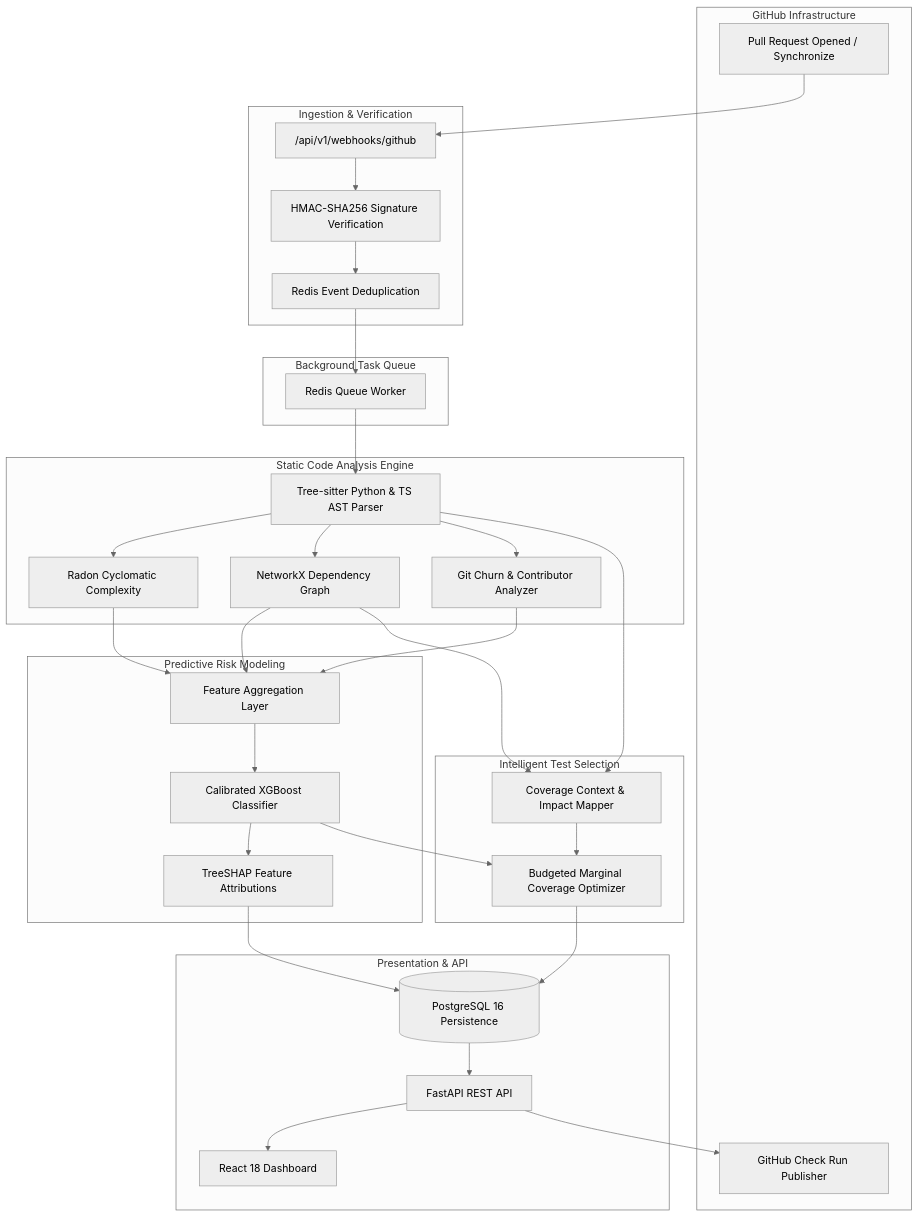
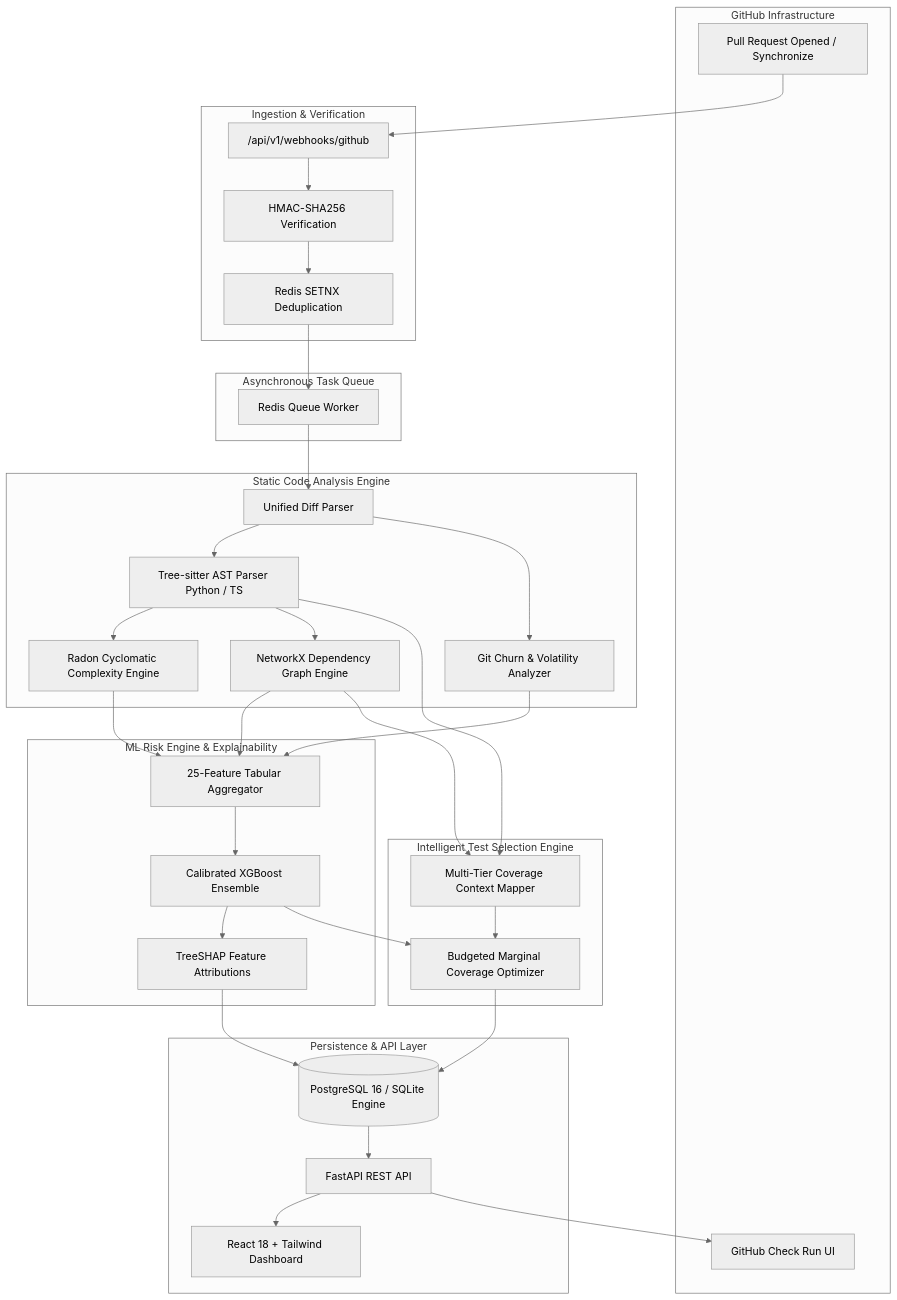
The diagram in README.md (VinayKumar2320/CodeImpact), drawn with Mermaid (neutral theme) before and after one commit. The commit also changed other lines of this file and 7 other files, not shown here.

````diff
--- a/README.md
+++ b/README.md
@@ -15,69 +30,71 @@
 ```mermaid
 flowchart TD
     subgraph GitHub ["GitHub Infrastructure"]
         PR[Pull Request Opened / Synchronize]
-        Checks[GitHub Check Run Publisher]
+        Checks[GitHub Check Run UI]
     end
 
     subgraph Ingestion ["Ingestion & Verification"]
         Receiver["/api/v1/webhooks/github"]
-        HMAC[HMAC-SHA256 Signature Verification]
-        Dedupe[Redis Event Deduplication]
+        HMAC[HMAC-SHA256 Verification]
+        Dedupe[Redis SETNX Deduplication]
     end
 
-    subgraph Queue ["Background Task Queue"]
+    subgraph Queue ["Asynchronous Task Queue"]
         RQ[Redis Queue Worker]
     end
 
     subgraph StaticEngine ["Static Code Analysis Engine"]
-        TS[Tree-sitter Python & TS AST Parser]
-        Radon[Radon Cyclomatic Complexity]
-        DepGraph[NetworkX Dependency Graph]
-        GitChurn[Git Churn & Contributor Analyzer]
+        DiffParser[Unified Diff Parser]
+        TS[Tree-sitter AST Parser Python / TS]
+        Radon[Radon Cyclomatic Complexity Engine]
+        DepGraph[NetworkX Dependency Graph Engine]
+        GitChurn[Git Churn & Volatility Analyzer]
     end
 
-    subgraph ML ["Predictive Risk Modeling"]
-        FeatAgg[Feature Aggregation Layer]
-        Model[Calibrated XGBoost Classifier]
+    subgraph MLEngine ["ML Risk Engine & Explainability"]
+        FeatAgg[25-Feature Tabular Aggregator]
+        Model[Calibrated XGBoost Ensemble]
         SHAP[TreeSHAP Feature Attributions]
     end
 
-    subgraph TestSelection ["Intelligent Test Selection"]
-        TestMap[Coverage Context & Impact Mapper]
+    subgraph TestEngine ["Intelligent Test Selection Engine"]
+        TestMap[Multi-Tier Coverage Context Mapper]
         Optimizer[Budgeted Marginal Coverage Optimizer]
     end
 
-    subgraph Presentation ["Presentation & API"]
-        PG[(PostgreSQL 16 Persistence)]
-        API[FastAPI REST API]
-        UI[React 18 Dashboard]
+    subgraph Persistence ["Persistence & API Layer"]
+        PG[(PostgreSQL 16 / SQLite Engine)]
+        FastAPI[FastAPI REST API]
+        ReactUI[React 18 + Tailwind Dashboard]
     end
 
     PR --> Receiver
     Receiver --> HMAC
     HMAC --> Dedupe
     Dedupe --> RQ
-    RQ --> TS
+    RQ --> DiffParser
+    DiffParser --> TS
     TS --> Radon
     TS --> DepGraph
-    TS --> GitChurn
-    
+    DiffParser --> GitChurn
+
     Radon --> FeatAgg
     DepGraph --> FeatAgg
     GitChurn --> FeatAgg
-    
+
     FeatAgg --> Model
     Model --> SHAP
-    
+
     TS --> TestMap
     DepGraph --> TestMap
     Model --> Optimizer
     TestMap --> Optimizer
-    
+
     SHAP --> PG
     Optimizer --> PG
-    
-    PG --> API
-    API --> UI
-    API --> Checks
+
+    PG --> FastAPI
+    FastAPI --> ReactUI
+    FastAPI --> Checks
 ```
````
